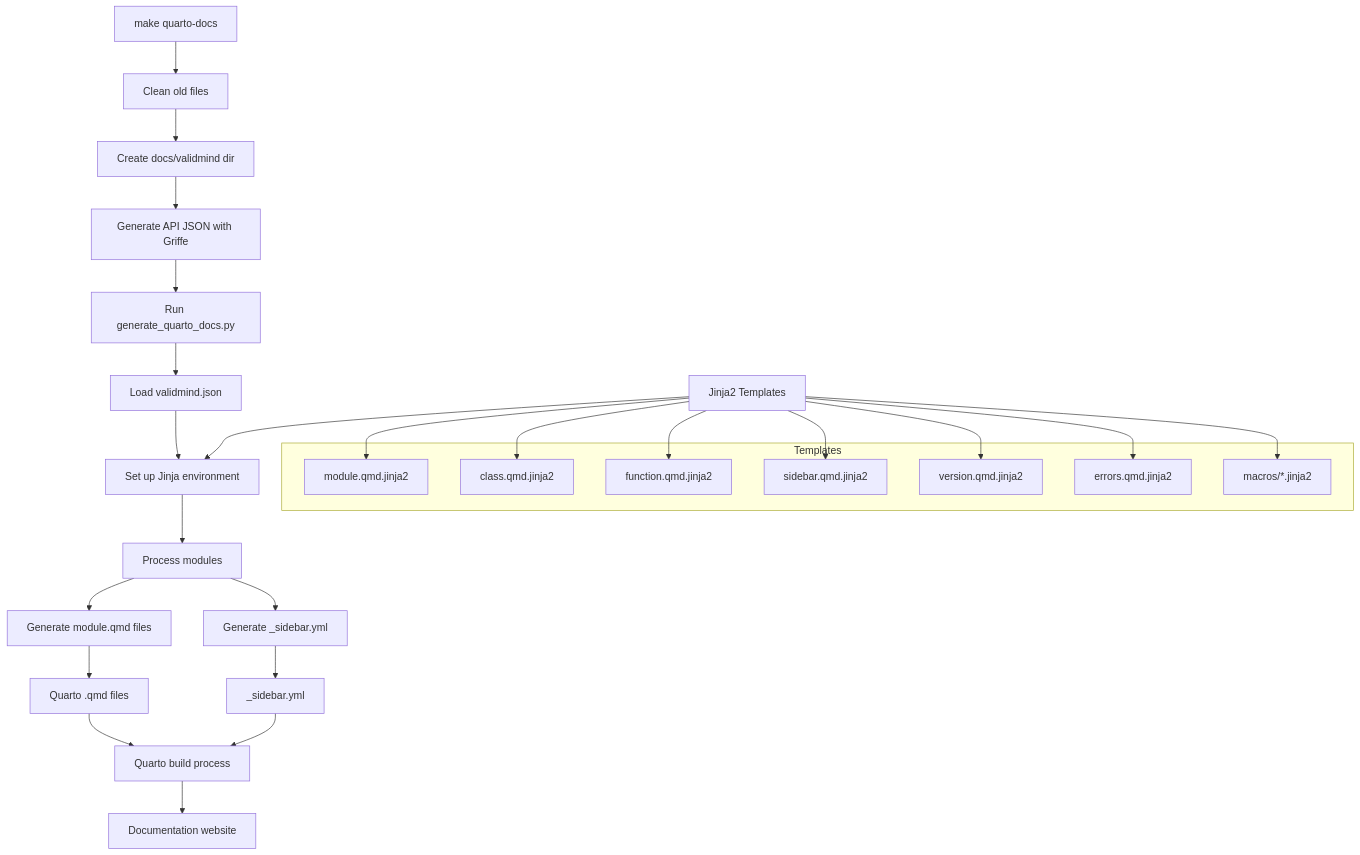
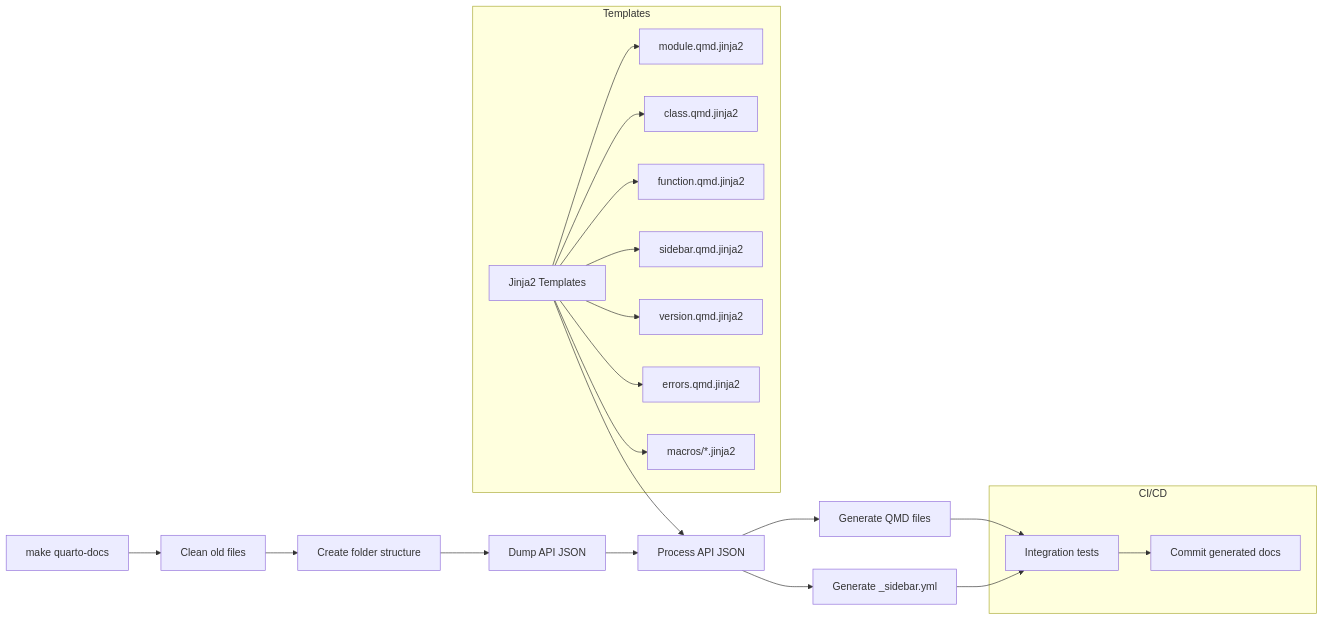
One commit to validmind/documentation changed the diagram in site/validmind/README.md. Above: the diagram before and after it, drawn with Mermaid. The commit also changed other lines of this file and 1 other file, not shown here.

````diff
--- a/site/validmind/README.md
+++ b/site/validmind/README.md
@@ -8,42 +28,29 @@
 ```mermaid
-flowchart TD
+flowchart LR
     make[make quarto-docs] --> clean[Clean old files]
-    clean --> mkdir[Create docs/validmind dir]
-    mkdir --> Griffe[Generate API JSON with Griffe]
-    Griffe --> script[Run generate_quarto_docs.py]
+    clean --> mkdir[Create folder structure]
+    mkdir --> Griffe[Dump API JSON]
+    Griffe --> processJSON[Process API JSON]
     
-    script --> loadJSON[Load validmind.json]
-    loadJSON --> setupJinja[Set up Jinja environment]
-    setupJinja --> processMod[Process modules]
-    
-    templates[Jinja2 Templates] --> setupJinja
-    
-    processMod --> gen_mod[Generate module.qmd files]
-    processMod --> gen_sidebar[Generate _sidebar.yml]
+    processJSON --> output[Generate QMD files]
+    processJSON --> nav[Generate _sidebar.yml]
     
     subgraph "Templates"
-        mod_t[module.qmd.jinja2]
-        class_t[class.qmd.jinja2]
-        func_t[function.qmd.jinja2]
-        sidebar_t[sidebar.qmd.jinja2]
-        version_t[version.qmd.jinja2]
-        errors_t[errors.qmd.jinja2]
-        macros[macros/*.jinja2]
+        templates[Jinja2 Templates] --> mod_t[module.qmd.jinja2]
+        templates --> class_t[class.qmd.jinja2]
+        templates --> func_t[function.qmd.jinja2]
+        templates --> sidebar_t[sidebar.qmd.jinja2]
+        templates --> version_t[version.qmd.jinja2]
+        templates --> errors_t[errors.qmd.jinja2]
+        templates --> macros[macros/*.jinja2]
     end
     
-    templates --> mod_t
-    templates --> class_t
-    templates --> func_t
-    templates --> sidebar_t
-    templates --> version_t
-    templates --> errors_t
-    templates --> macros
+    templates --> processJSON
     
-    gen_mod --> output[Quarto .qmd files]
-    gen_sidebar --> nav[_sidebar.yml]
+    output --> test[Integration tests]
+    nav --> test
     
-    output --> quarto[Quarto build process]
-    nav --> quarto
-    
-    quarto --> website[Documentation website]
+    subgraph "CI/CD"
+        test --> commit[Commit generated docs]
+    end
 ```
````
